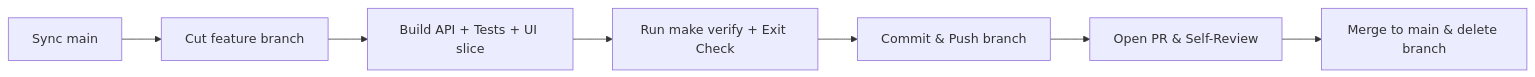
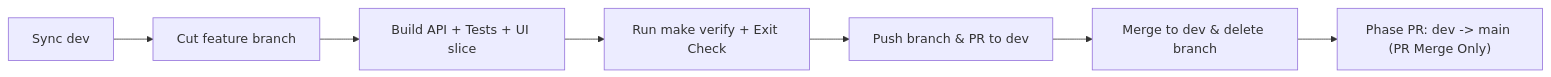
Before and after one commit to azizur-rahaman/cadence: the first of 2 diagrams in docs/DEVELOPMENT_PLAN.md, drawn with Mermaid. The commit also changed other lines of this file and 2 other files, not shown here.

Commit message:
chore(governance): add AGENTS.md and always-on dev/main branching rules

````diff
--- a/docs/DEVELOPMENT_PLAN.md
+++ b/docs/DEVELOPMENT_PLAN.md
@@ -23,9 +24,9 @@
 ```mermaid
 flowchart LR
-    A["Sync main"] --> B["Cut feature branch"]
+    A["Sync dev"] --> B["Cut feature branch"]
     B --> C["Build API + Tests + UI slice"]
     C --> D["Run make verify + Exit Check"]
-    D --> E["Commit & Push branch"]
-    E --> F["Open PR & Self-Review"]
-    F --> G["Merge to main & delete branch"]
+    D --> E["Push branch & PR to dev"]
+    E --> F["Merge to dev & delete branch"]
+    F --> G["Phase PR: dev -> main (PR Merge Only)"]
 ```
````
